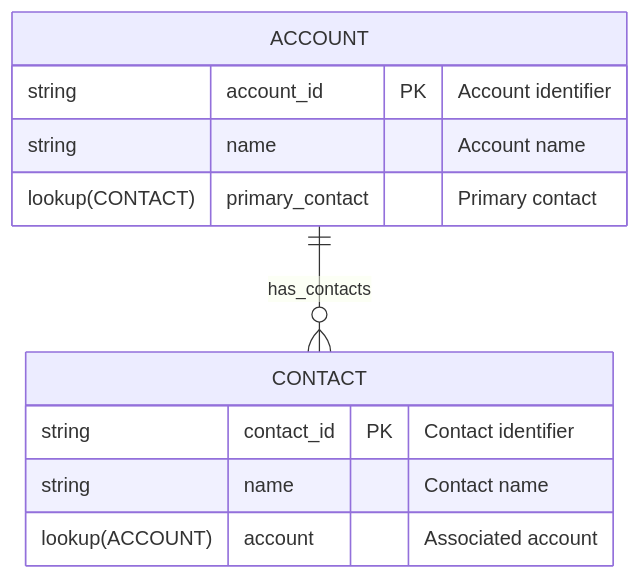
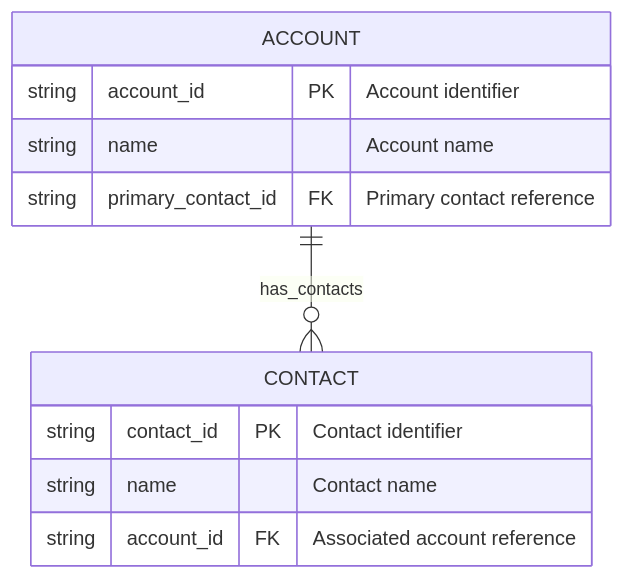
Before and after one commit to LuiseFreese/mermaid: the fifth of 8 diagrams in docs/MERMAID-GUIDE.md, drawn with Mermaid. The commit also changed other lines of this file and 6 other files, not shown here.

````diff
--- a/docs/MERMAID-GUIDE.md
+++ b/docs/MERMAID-GUIDE.md
@@ -179,16 +162,16 @@
 ```mermaid
 erDiagram
     ACCOUNT {
         string account_id PK "Account identifier"
         string name "Account name"
-        lookup(CONTACT) primary_contact "Primary contact"
+        string primary_contact_id FK "Primary contact reference"
     }
     
     CONTACT {
         string contact_id PK "Contact identifier"
         string name "Contact name"
-        lookup(ACCOUNT) account "Associated account"
+        string account_id FK "Associated account reference"
     }
     
     ACCOUNT ||--o{ CONTACT : "has_contacts"
 ```
````
